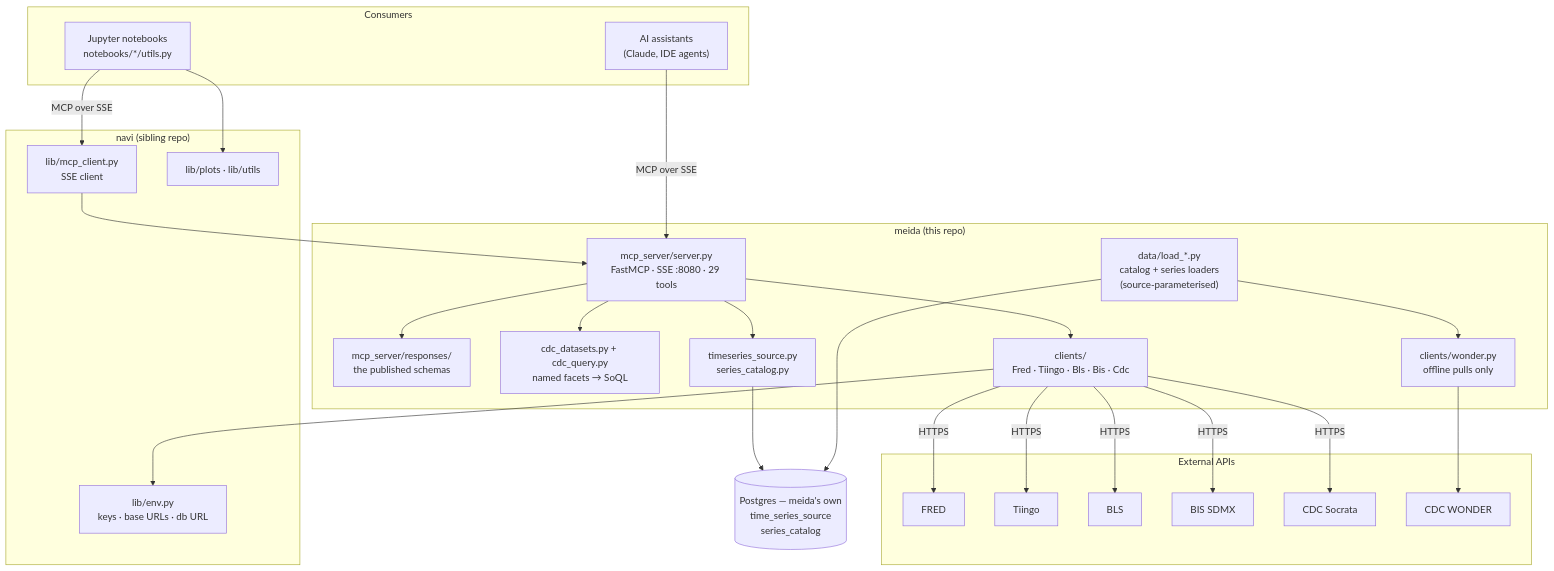
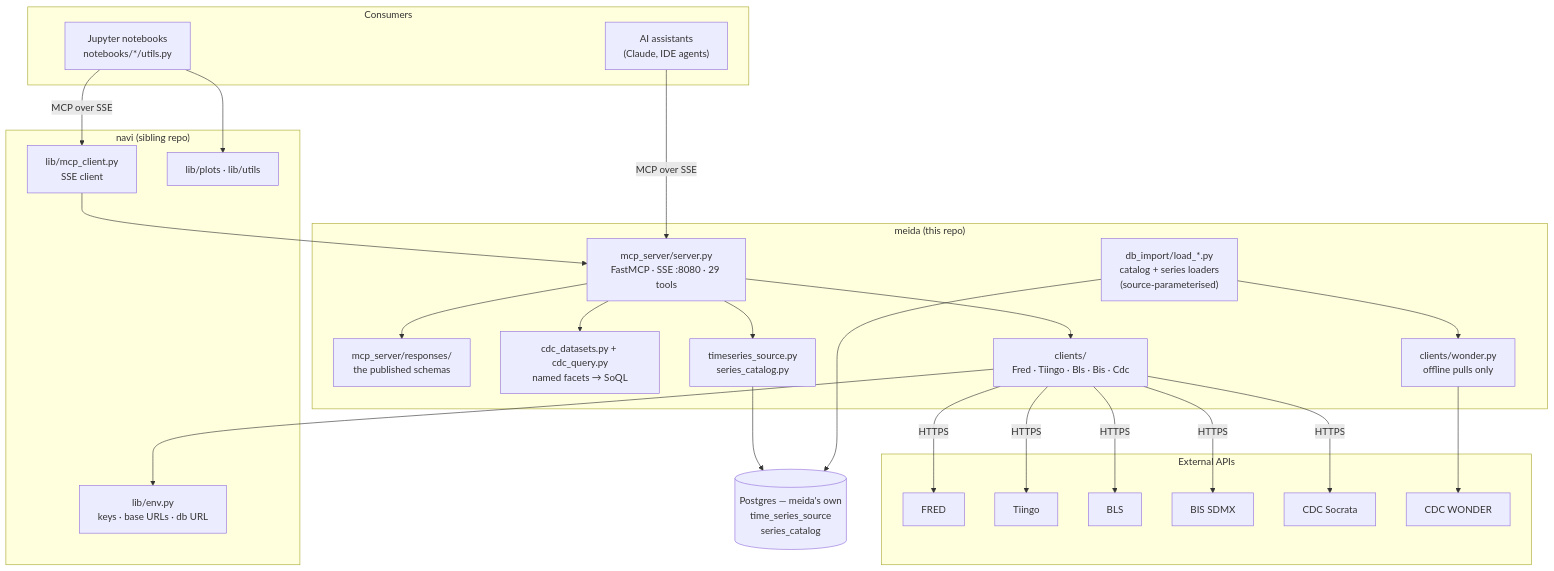
One commit to glyfish/sefer changed the first of 4 diagrams in meida/architecture.md. Above: the diagram before and after it, drawn with Mermaid. The commit also changed 2 other files, not shown here.

Commit message:
db_import, not data

````diff
--- a/meida/architecture.md
+++ b/meida/architecture.md
@@ -23,46 +23,46 @@
 ```mermaid
 graph TB
     subgraph consumers["Consumers"]
         AI["AI assistants<br/>(Claude, IDE agents)"]
         NB["Jupyter notebooks<br/>notebooks/*/utils.py"]
     end
 
     subgraph meida["meida (this repo)"]
         SRV["mcp_server/server.py<br/>FastMCP · SSE :8080 · 29 tools"]
         RESP["mcp_server/responses/<br/>the published schemas"]
         QRY["cdc_datasets.py + cdc_query.py<br/>named facets → SoQL"]
         DBR["timeseries_source.py<br/>series_catalog.py"]
         CL["clients/<br/>Fred · Tiingo · Bls · Bis · Cdc"]
         WC["clients/wonder.py<br/>offline pulls only"]
-        LOAD["data/load_*.py<br/>catalog + series loaders<br/>(source-parameterised)"]
+        LOAD["db_import/load_*.py<br/>catalog + series loaders<br/>(source-parameterised)"]
     end
 
     subgraph navi["navi (sibling repo)"]
         ENV["lib/env.py<br/>keys · base URLs · db URL"]
         MCPC["lib/mcp_client.py<br/>SSE client"]
         PLOT["lib/plots · lib/utils"]
     end
 
     DB[("Postgres — meida's own<br/>time_series_source<br/>series_catalog")]
 
     subgraph ext["External APIs"]
         FRED["FRED"]
         TIINGO["Tiingo"]
         BLS["BLS"]
         BIS["BIS SDMX"]
         SOC["CDC Socrata"]
         WON["CDC WONDER"]
     end
 
     AI -->|MCP over SSE| SRV
     NB -->|MCP over SSE| MCPC --> SRV
     NB --> PLOT
     SRV --> RESP
     SRV --> QRY
     SRV --> DBR --> DB
     SRV --> CL
     CL --> ENV
     LOAD --> DB
     LOAD --> WC --> WON
     CL -->|HTTPS| FRED & TIINGO & BLS & BIS & SOC
 ```
````
